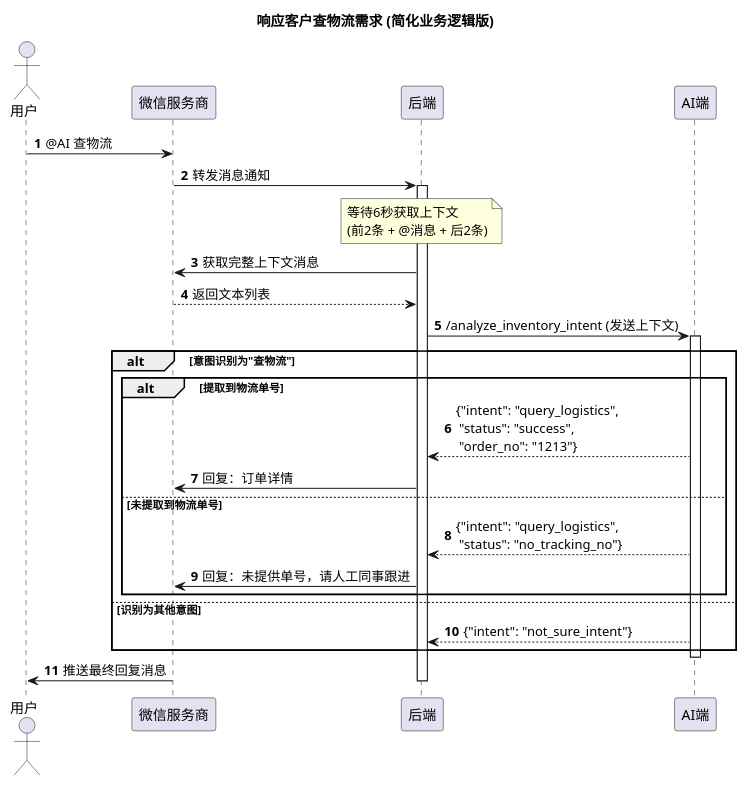
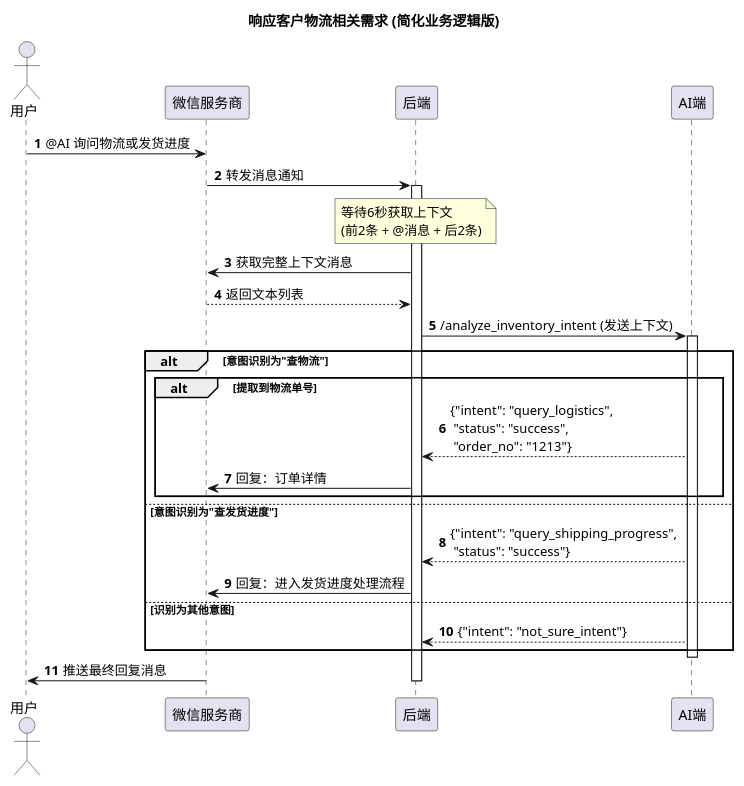
Before and after one commit to h-summit/lucky_box_ai: the first of 2 diagrams in README.md, drawn with PlantUML. The commit also changed other lines of this file and 4 other files, not shown here.

First line of the commit message:
拆分无单号物流咨询为发货进度意图并同步文档测试

````diff
--- a/README.md
+++ b/README.md
@@ -311,43 +319,44 @@
 ```plantuml
 @startuml
-title 响应客户查物流需求 (简化业务逻辑版)
+title 响应客户物流相关需求 (简化业务逻辑版)
 
 actor "用户" as User
 participant "微信服务商" as WechatService
 participant "后端" as Backend
 participant "AI端" as AI
 
 autonumber
 
-User -> WechatService: @AI 查物流
+User -> WechatService: @AI 询问物流或发货进度
 WechatService -> Backend: 转发消息通知
 activate Backend
 
 note over Backend: 等待6秒获取上下文\n(前2条 + @消息 + 后2条)
 
 Backend -> WechatService: 获取完整上下文消息
 WechatService --> Backend: 返回文本列表
 
 Backend -> AI: /analyze_inventory_intent (发送上下文)
 activate AI
 
 alt 意图识别为"查物流"
 
     alt 提取到物流单号
         AI --> Backend: {"intent": "query_logistics", \n "status": "success", \n "order_no": "1213"}
         Backend -> WechatService: 回复：订单详情
-    else 未提取到物流单号
-        AI --> Backend: {"intent": "query_logistics", \n "status": "no_tracking_no"}
-        Backend -> WechatService: 回复：未提供单号，请人工同事跟进
     end
+
+else 意图识别为"查发货进度"
+    AI --> Backend: {"intent": "query_shipping_progress", \n "status": "success"}
+    Backend -> WechatService: 回复：进入发货进度处理流程
 
 else 识别为其他意图
     AI --> Backend: {"intent": "not_sure_intent"}
 end
 
 deactivate AI
 WechatService -> User: 推送最终回复消息
 deactivate Backend
 
 @enduml
 ```
````
